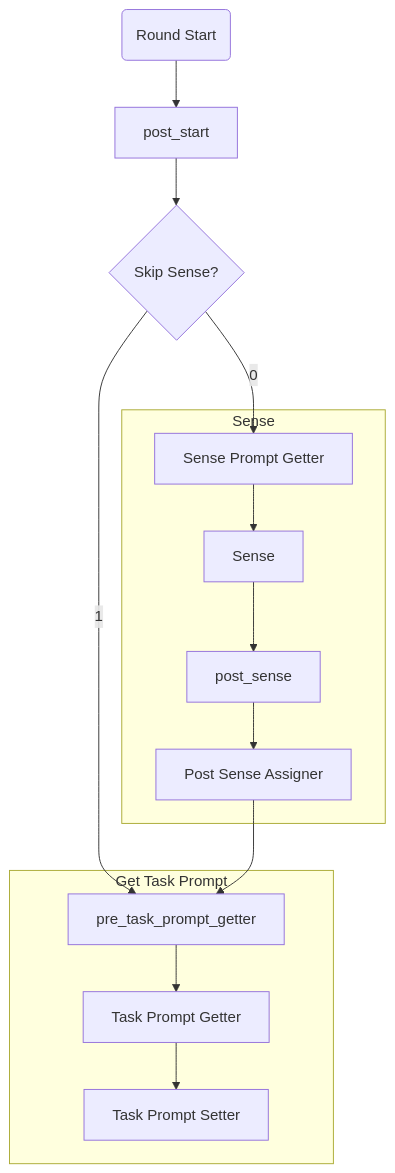
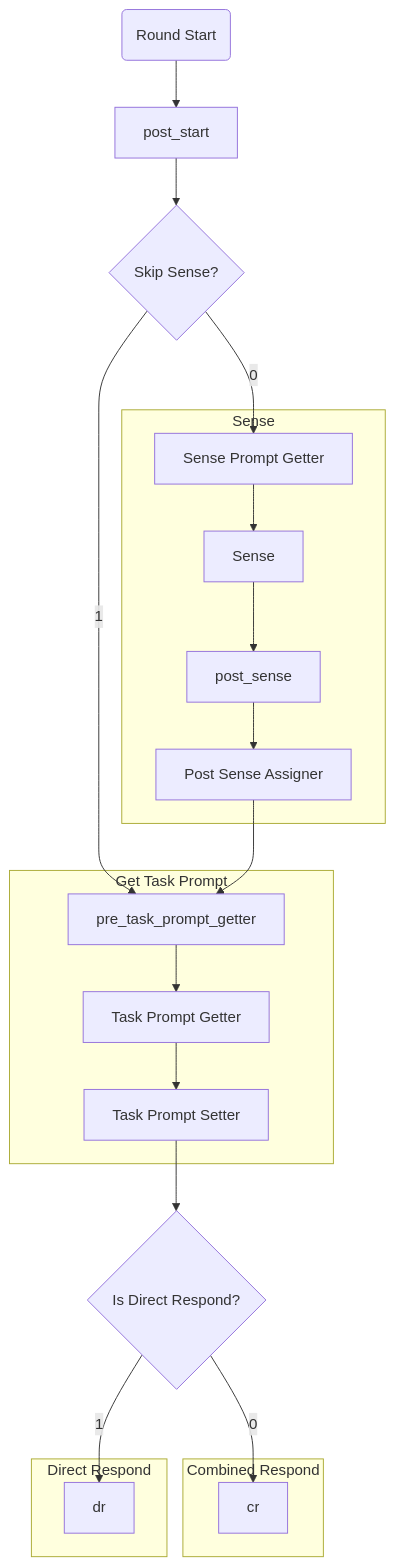
Before and after one commit to kami-lel/kaye-engine: the diagram in docs/kaye_chat_doc.md, drawn with Mermaid.

Commit message:
# extend chat flowchart: Direct vs Combined Respond wiring
#`kaye_chat_doc.md`

````diff
--- a/docs/kaye_chat_doc.md
+++ b/docs/kaye_chat_doc.md
@@ -4,20 +4,32 @@
 ```mermaid
 flowchart TD
     start(Round Start) --> pre_start
     pre_start[post_start] --> skip
     skip{Skip Sense?} --1--> ptpg
     skip --0--> sg
 
     subgraph Sense
     sg[Sense Prompt Getter] --> sense
     sense[Sense] --> ps
     ps[post_sense] --> psa
     end
     psa[Post Sense Assigner] --> ptpg
 
     subgraph Get Task Prompt
     ptpg[pre_task_prompt_getter] --> tpg
     tpg[Task Prompt Getter] --> tps
     tps[Task Prompt Setter]
     end
+
+    tps-->idr
+    idr{Is Direct Respond?} --1-->dr
+    idr --0--> cr
+
+    subgraph Combined Respond
+    cr
+    end
+
+    subgraph Direct Respond
+    dr
+    end
 ```
````
